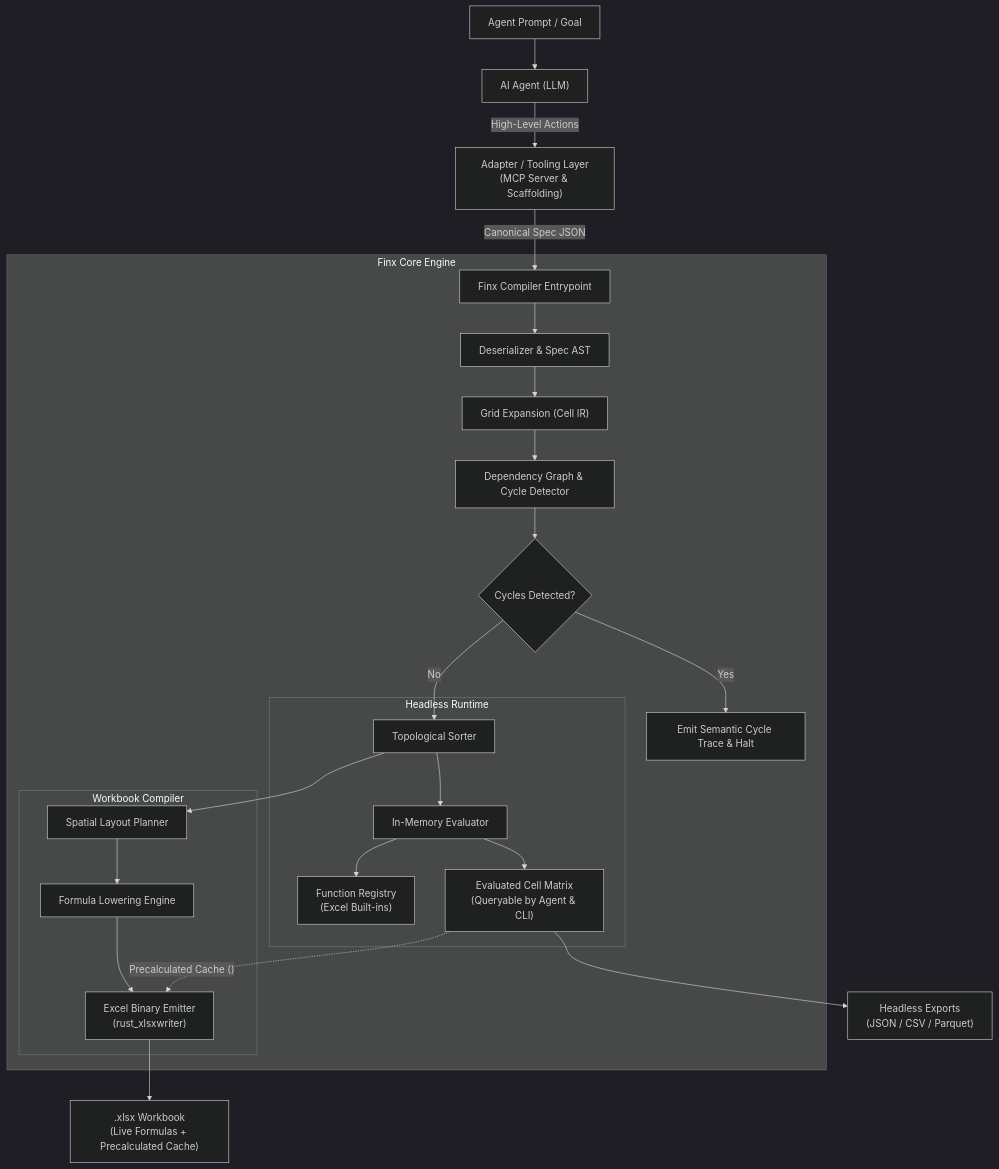
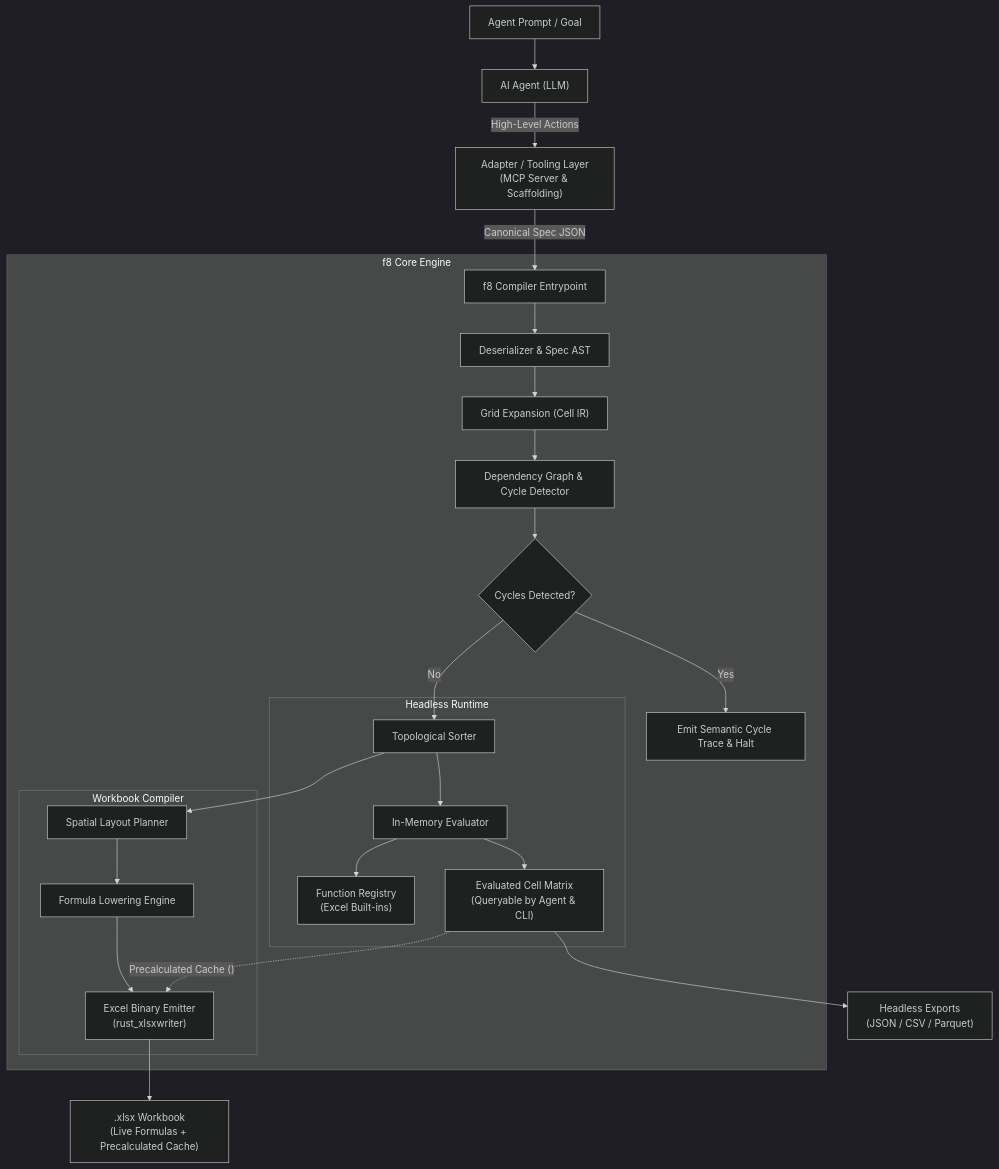
The first of 2 diagrams in docs/architecture.md (mhcfa/f8), drawn with Mermaid (dark theme) before and after one commit. The commit also changed other lines of this file and 183 other files, not shown here.

````diff
--- a/docs/architecture.md
+++ b/docs/architecture.md
@@ -21,32 +21,32 @@
 ```mermaid
 flowchart TD
     A["Agent Prompt / Goal"] --> B["AI Agent (LLM)"]
     B -->|"High-Level Actions"| T["Adapter / Tooling Layer\n(MCP Server & Scaffolding)"]
-    T -->|"Canonical Spec JSON"| C["Finx Compiler Entrypoint"]
+    T -->|"Canonical Spec JSON"| C["f8 Compiler Entrypoint"]
 
-    subgraph Compiler ["Finx Core Engine"]
+    subgraph Compiler ["f8 Core Engine"]
         C --> D["Deserializer & Spec AST"]
         D --> E["Grid Expansion (Cell IR)"]
         E --> F["Dependency Graph & Cycle Detector"]
         F --> G{"Cycles Detected?"}
         G -->|"Yes"| H["Emit Semantic Cycle Trace & Halt"]
         G -->|"No"| I["Topological Sorter"]
 
         subgraph In-Memory Evaluation ["Headless Runtime"]
             I --> J1["In-Memory Evaluator"]
             J1 --> K1["Function Registry\n(Excel Built-ins)"]
             J1 --> L1["Evaluated Cell Matrix\n(Queryable by Agent & CLI)"]
         end
 
         subgraph Excel Emission ["Workbook Compiler"]
             I --> J2["Spatial Layout Planner"]
             J2 --> K2["Formula Lowering Engine"]
             K2 --> L2["Excel Binary Emitter\n(rust_xlsxwriter)"]
         end
 
         L1 -.->|"Precalculated Cache (<v>)"| L2
     end
 
     L1 --> N["Headless Exports\n(JSON / CSV / Parquet)"]
     L2 --> M[".xlsx Workbook\n(Live Formulas + Precalculated Cache)"]
 ```
````
